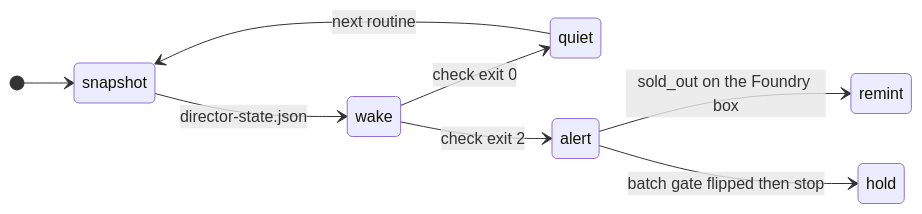
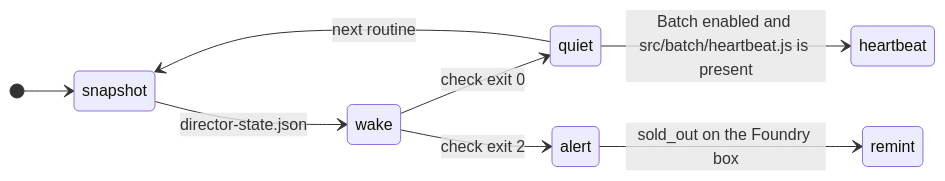
Before and after one commit to Hobie1Kenobi/aether-foundry: the fifth of 5 diagrams in README.md, drawn with Mermaid. The commit also changed other lines of this file and 25 other files, not shown here.

First line of the commit message:
Batch Heartbeat trial on XRPL Testnet (#55)

````diff
--- a/README.md
+++ b/README.md
@@ -350,11 +350,11 @@
 ```mermaid
 stateDiagram-v2
   direction LR
   [*] --> snapshot
   snapshot --> wake: director-state.json
   wake --> quiet: check exit 0
   wake --> alert: check exit 2
   quiet --> snapshot: next routine
   alert --> remint: sold_out on the Foundry box
-  alert --> hold: batch gate flipped then stop
+  quiet --> heartbeat: Batch enabled and src/batch/heartbeat.js is present
 ```
````
